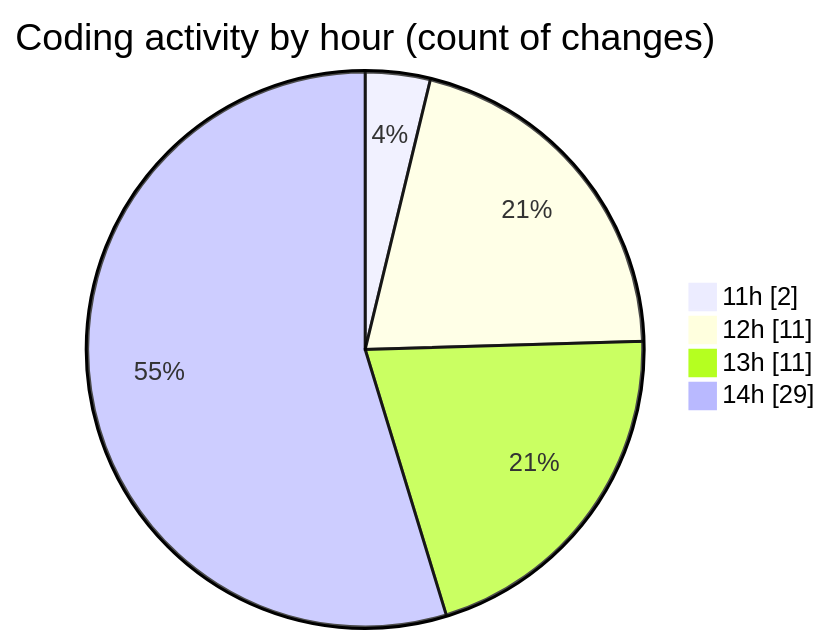
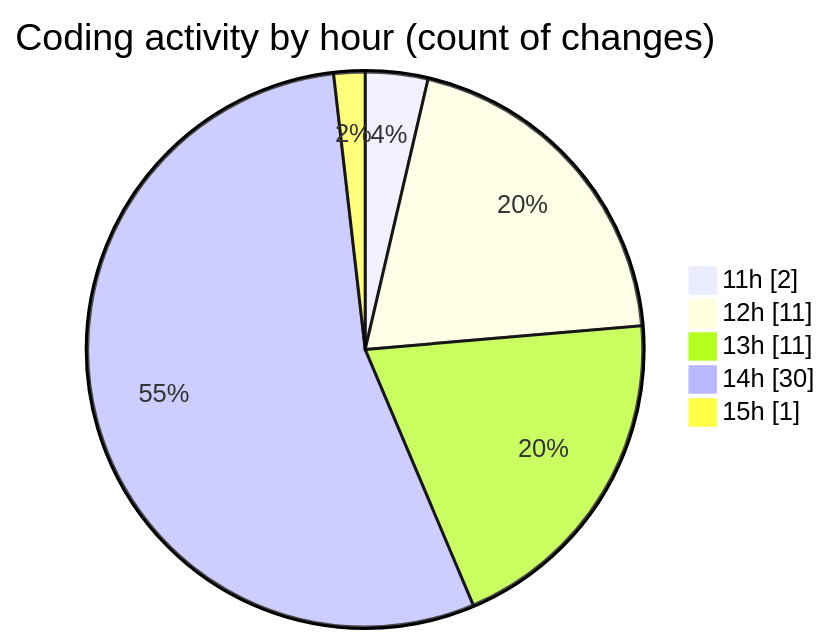
One commit to momahboobian/code-tracking changed the second of 2 diagrams in 2025-04-04/cda/README.md. Above: the diagram before and after it, drawn with Mermaid. The commit also changed other lines of this file and 1 other file, not shown here.

````diff
--- a/2025-04-04/cda/README.md
+++ b/2025-04-04/cda/README.md
@@ -42,8 +42,9 @@
 ```mermaid
 pie showData
 title Coding activity by hour (count of changes)
 "11h" : 2
 "12h" : 11
 "13h" : 11
-"14h" : 29
+"14h" : 30
+"15h" : 1
 ```
````
